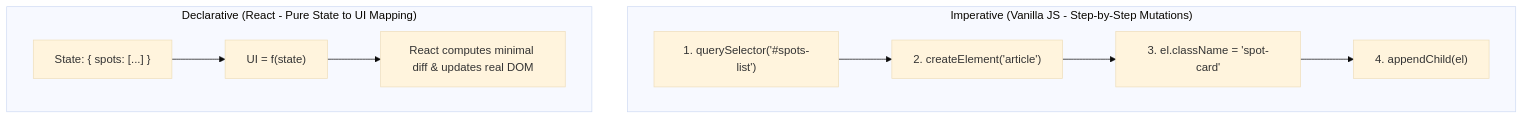
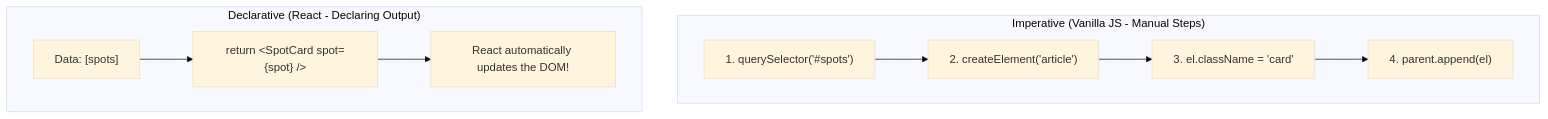
The second of 5 diagrams in full_stack_development_class_notes/Week 11_ React Fundamentals.md (ajibolagenius/LagosDataSchool), drawn with Mermaid (base theme) before and after one commit. The commit also changed other lines of this file and 20 other files, not shown here.

````diff
--- a/full_stack_development_class_notes/Week 11_ React Fundamentals.md
+++ b/full_stack_development_class_notes/Week 11_ React Fundamentals.md
@@ -24,13 +37,13 @@
 ```mermaid
 graph TD
-    subgraph Imperative["Imperative (Vanilla JS - Step-by-Step Mutations)"]
-        I1["1. querySelector('#spots-list')"] --> I2["2. createElement('article')"]
-        I2 --> I3["3. el.className = 'spot-card'"]
-        I3 --> I4["4. appendChild(el)"]
+    subgraph Imperative["Imperative (Vanilla JS - Manual Steps)"]
+        I1["1. querySelector('#spots')"] --> I2["2. createElement('article')"]
+        I2 --> I3["3. el.className = 'card'"]
+        I3 --> I4["4. parent.append(el)"]
     end
 
-    subgraph Declarative["Declarative (React - Pure State to UI Mapping)"]
-        D1["State: { spots: [...] }"] --> D2["UI = f(state)"]
-        D2 --> D3["React computes minimal diff & updates real DOM"]
+    subgraph Declarative["Declarative (React - Declaring Output)"]
+        D1["Data: [spots]"] --> D2["return &lt;SpotCard spot={spot} /&gt;"]
+        D2 --> D3["React automatically updates the DOM!"]
     end
 ```
````
